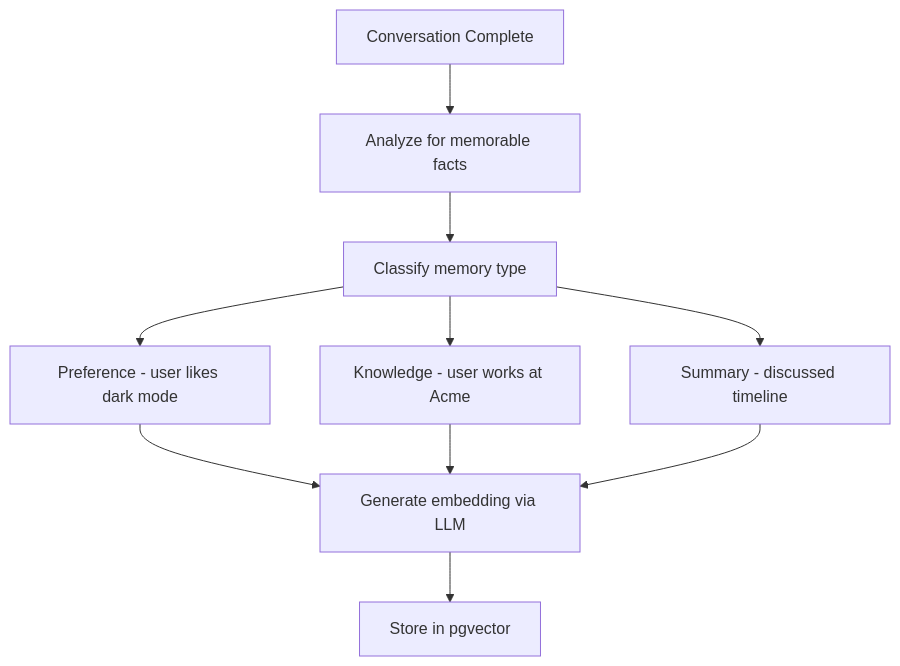
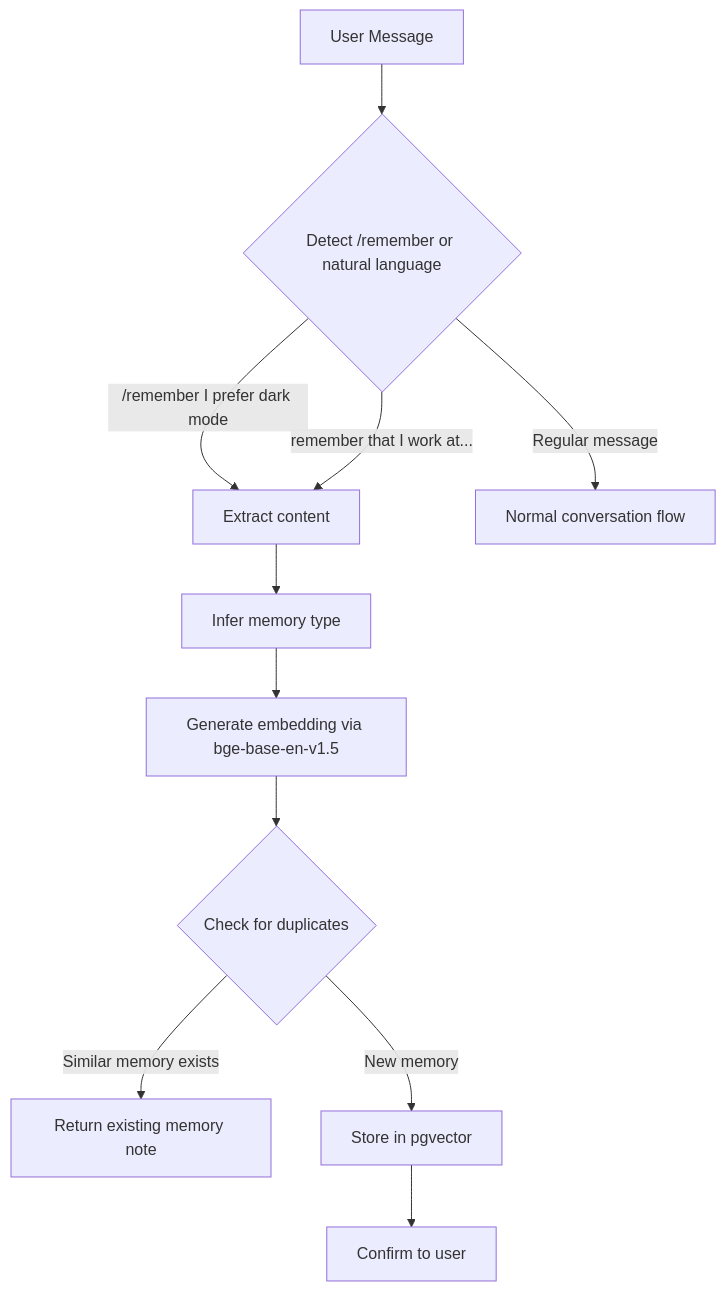
Before and after one commit to tekkno89/alfred-pa: the first of 3 diagrams in .claude/diagrams/memory-flow.md, drawn with Mermaid. The commit also changed other lines of this file and 27 other files, not shown here.

````diff
--- a/.claude/diagrams/memory-flow.md
+++ b/.claude/diagrams/memory-flow.md
@@ -5,12 +12,13 @@
 ```mermaid
 graph TD
-    A[Conversation Complete] --> B[Analyze for memorable facts]
-    B --> C[Classify memory type]
-    C --> D[Preference - user likes dark mode]
-    C --> E[Knowledge - user works at Acme]
-    C --> F[Summary - discussed timeline]
-    D --> G[Generate embedding via LLM]
-    E --> G
-    F --> G
-    G --> H[Store in pgvector]
+    A[User Message] --> B{Detect /remember or natural language}
+    B -->|/remember I prefer dark mode| C[Extract content]
+    B -->|remember that I work at...| C
+    B -->|Regular message| D[Normal conversation flow]
+    C --> E[Infer memory type]
+    E --> F[Generate embedding via bge-base-en-v1.5]
+    F --> G{Check for duplicates}
+    G -->|Similar memory exists| H[Return existing memory note]
+    G -->|New memory| I[Store in pgvector]
+    I --> J[Confirm to user]
 ```
````
